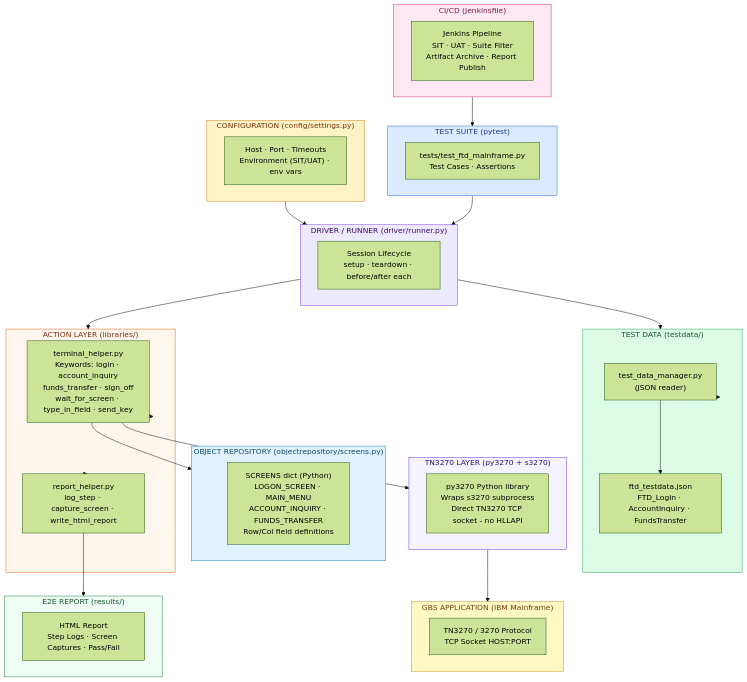
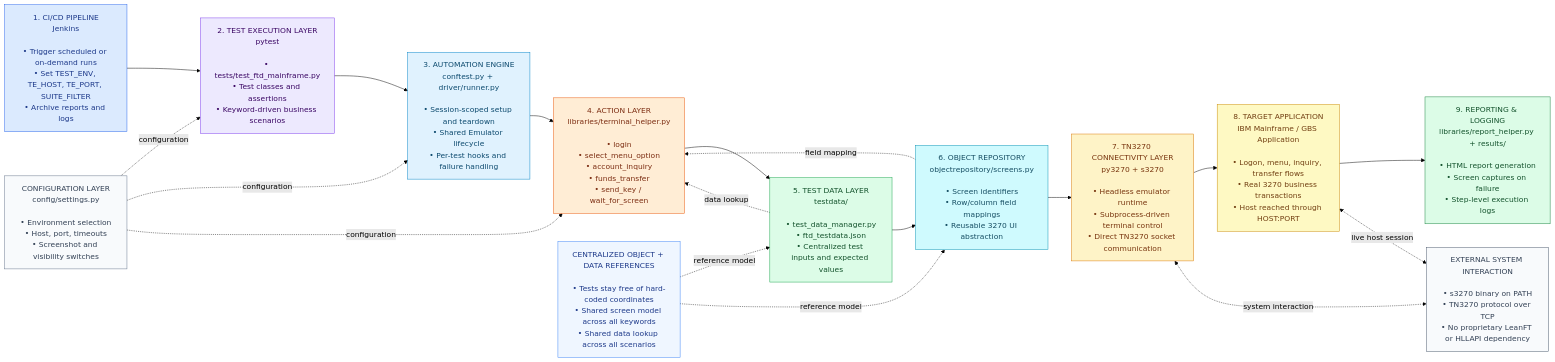
Before and after one commit to Ascen-dion/bank_of_america_leanft_javascript_poc: the diagram in docs/01-new-architecture.md, drawn with Mermaid (forest theme). The commit also changed 2 other files, not shown here.

Commit message:
archtecture diagram

````diff
--- a/docs/01-new-architecture.md
+++ b/docs/01-new-architecture.md
@@ -9,68 +9,41 @@
 ```mermaid
-flowchart TD
-    subgraph SUITE["TEST SUITE  (pytest)"]
-        TS["tests/test_ftd_mainframe.py\nTest Cases · Assertions"]
-    end
+flowchart LR
+    CI["1. CI/CD PIPELINE<br/>Jenkins<br/><br/>• Trigger scheduled or on-demand runs<br/>• Set TEST_ENV, TE_HOST, TE_PORT, SUITE_FILTER<br/>• Archive reports and logs"]
+    TE["2. TEST EXECUTION LAYER<br/>pytest<br/><br/>• tests/test_ftd_mainframe.py<br/>• Test classes and assertions<br/>• Keyword-driven business scenarios"]
+    AE["3. AUTOMATION ENGINE<br/>conftest.py + driver/runner.py<br/><br/>• Session-scoped setup and teardown<br/>• Shared Emulator lifecycle<br/>• Per-test hooks and failure handling"]
+    AL["4. ACTION LAYER<br/>libraries/terminal_helper.py<br/><br/>• login<br/>• select_menu_option<br/>• account_inquiry<br/>• funds_transfer<br/>• send_key / wait_for_screen"]
+    TD["5. TEST DATA LAYER<br/>testdata/<br/><br/>• test_data_manager.py<br/>• ftd_testdata.json<br/>• Centralized test inputs and expected values"]
+    OR["6. OBJECT REPOSITORY<br/>objectrepository/screens.py<br/><br/>• Screen identifiers<br/>• Row/column field mappings<br/>• Reusable 3270 UI abstraction"]
+    TN["7. TN3270 CONNECTIVITY LAYER<br/>py3270 + s3270<br/><br/>• Headless emulator runtime<br/>• Subprocess-driven terminal control<br/>• Direct TN3270 socket communication"]
+    APP["8. TARGET APPLICATION<br/>IBM Mainframe / GBS Application<br/><br/>• Logon, menu, inquiry, transfer flows<br/>• Real 3270 business transactions<br/>• Host reached through HOST:PORT"]
+    RP["9. REPORTING & LOGGING<br/>libraries/report_helper.py + results/<br/><br/>• HTML report generation<br/>• Screen captures on failure<br/>• Step-level execution logs"]
 
-    subgraph DRIVER["DRIVER / RUNNER  (driver/runner.py)"]
-        DR["Session Lifecycle\nsetup · teardown · before/after each"]
-    end
+    CFG["CONFIGURATION LAYER<br/>config/settings.py<br/><br/>• Environment selection<br/>• Host, port, timeouts<br/>• Screenshot and visibility switches"]
+    COR["CENTRALIZED OBJECT + DATA REFERENCES<br/><br/>• Tests stay free of hard-coded coordinates<br/>• Shared screen model across all keywords<br/>• Shared data lookup across all scenarios"]
+    EXT["EXTERNAL SYSTEM INTERACTION<br/><br/>• s3270 binary on PATH<br/>• TN3270 protocol over TCP<br/>• No proprietary LeanFT or HLLAPI dependency"]
 
-    subgraph CONFIG["CONFIGURATION  (config/settings.py)"]
-        CS["Host · Port · Timeouts\nEnvironment (SIT/UAT) · env vars"]
-    end
+    CI --> TE --> AE --> AL --> TD --> OR --> TN --> APP --> RP
 
-    subgraph DATA["TEST DATA  (testdata/)"]
-        TDM["test_data_manager.py\n(JSON reader)"]
-        TDF["ftd_testdata.json\nFTD_Login · AccountInquiry · FundsTransfer"]
-    end
+    CFG -. configuration .-> TE
+    CFG -. configuration .-> AE
+    CFG -. configuration .-> AL
+    TD -. data lookup .-> AL
+    OR -. field mapping .-> AL
+    COR -. reference model .-> TD
+    COR -. reference model .-> OR
+    TN <-. system interaction .-> EXT
+    APP <-. live host session .-> EXT
 
-    subgraph ACTION["ACTION LAYER  (libraries/)"]
-        TH["terminal_helper.py\nKeywords: login · account_inquiry\nfunds_transfer · sign_off\nwait_for_screen · type_in_field · send_key"]
-        RH["report_helper.py\nlog_step · capture_screen · write_html_report"]
-    end
-
-    subgraph OR["OBJECT REPOSITORY  (objectrepository/screens.py)"]
-        SCR["SCREENS dict (Python)\nLOGON_SCREEN · MAIN_MENU\nACCOUNT_INQUIRY · FUNDS_TRANSFER\nRow/Col field definitions"]
-    end
-
-    subgraph DRIVER2["TN3270 LAYER  (py3270 + s3270)"]
-        PY["py3270 Python library\nWraps s3270 subprocess\nDirect TN3270 TCP socket - no HLLAPI"]
-    end
-
-    subgraph APP["GBS APPLICATION  (IBM Mainframe)"]
-        MF["TN3270 / 3270 Protocol\nTCP Socket HOST:PORT"]
-    end
-
-    subgraph REPORT["E2E REPORT  (results/)"]
-        RPT["HTML Report\nStep Logs · Screen Captures · Pass/Fail"]
-    end
-
-    subgraph CICD["CI/CD  (Jenkinsfile)"]
-        JK["Jenkins Pipeline\nSIT · UAT · Suite Filter\nArtifact Archive · Report Publish"]
-    end
-
-    SUITE --> DRIVER
-    DRIVER --> ACTION
-    DRIVER --> DATA
-    CONFIG --> DRIVER
-    DATA --> TDM --> TDF
-    ACTION --> TH
-    ACTION --> RH
-    TH --> OR
-    TH --> DRIVER2
-    DRIVER2 --> APP
-    RH --> REPORT
-    CICD --> SUITE
-
-    style SUITE    fill:#dbeafe,stroke:#2563eb,color:#1e3a8a
-    style DRIVER   fill:#ede9fe,stroke:#7c3aed,color:#3b0764
-    style CONFIG   fill:#fef3c7,stroke:#d97706,color:#78350f
-    style DATA     fill:#dcfce7,stroke:#16a34a,color:#14532d
-    style ACTION   fill:#fff7ed,stroke:#ea580c,color:#7c2d12
-    style OR       fill:#e0f2fe,stroke:#0284c7,color:#0c4a6e
-    style DRIVER2  fill:#f5f3ff,stroke:#6d28d9,color:#2e1065
-    style APP      fill:#fef9c3,stroke:#ca8a04,color:#713f12
-    style REPORT   fill:#f0fdf4,stroke:#15803d,color:#14532d
-    style CICD     fill:#fce7f3,stroke:#db2777,color:#831843
+    style CI fill:#dbeafe,stroke:#2563eb,color:#1e3a8a
+    style TE fill:#ede9fe,stroke:#7c3aed,color:#3b0764
+    style AE fill:#e0f2fe,stroke:#0284c7,color:#0c4a6e
+    style AL fill:#ffedd5,stroke:#ea580c,color:#7c2d12
+    style TD fill:#dcfce7,stroke:#16a34a,color:#14532d
+    style OR fill:#cffafe,stroke:#0891b2,color:#164e63
+    style TN fill:#fef3c7,stroke:#d97706,color:#78350f
+    style APP fill:#fef9c3,stroke:#ca8a04,color:#713f12
+    style RP fill:#dcfce7,stroke:#15803d,color:#14532d
+    style CFG fill:#f8fafc,stroke:#64748b,color:#334155
+    style COR fill:#eff6ff,stroke:#3b82f6,color:#1e3a8a
+    style EXT fill:#f8fafc,stroke:#475569,color:#334155
 ```
````
